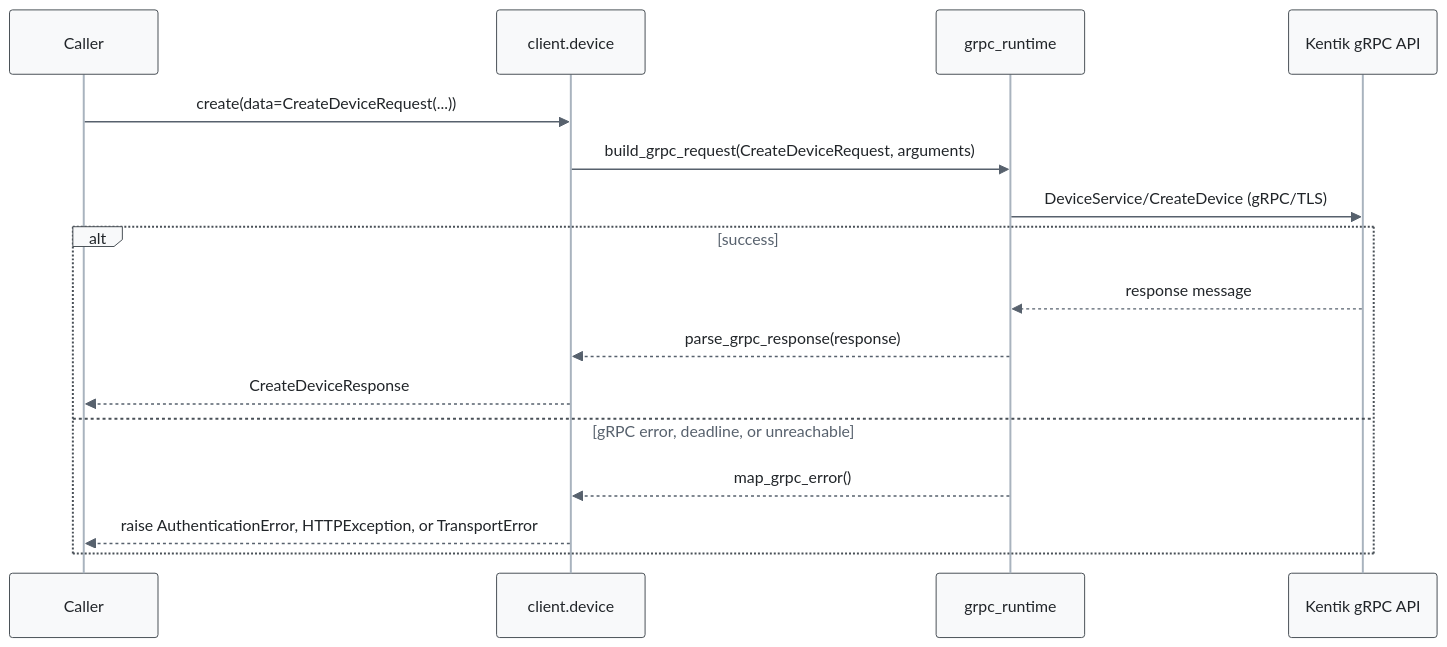
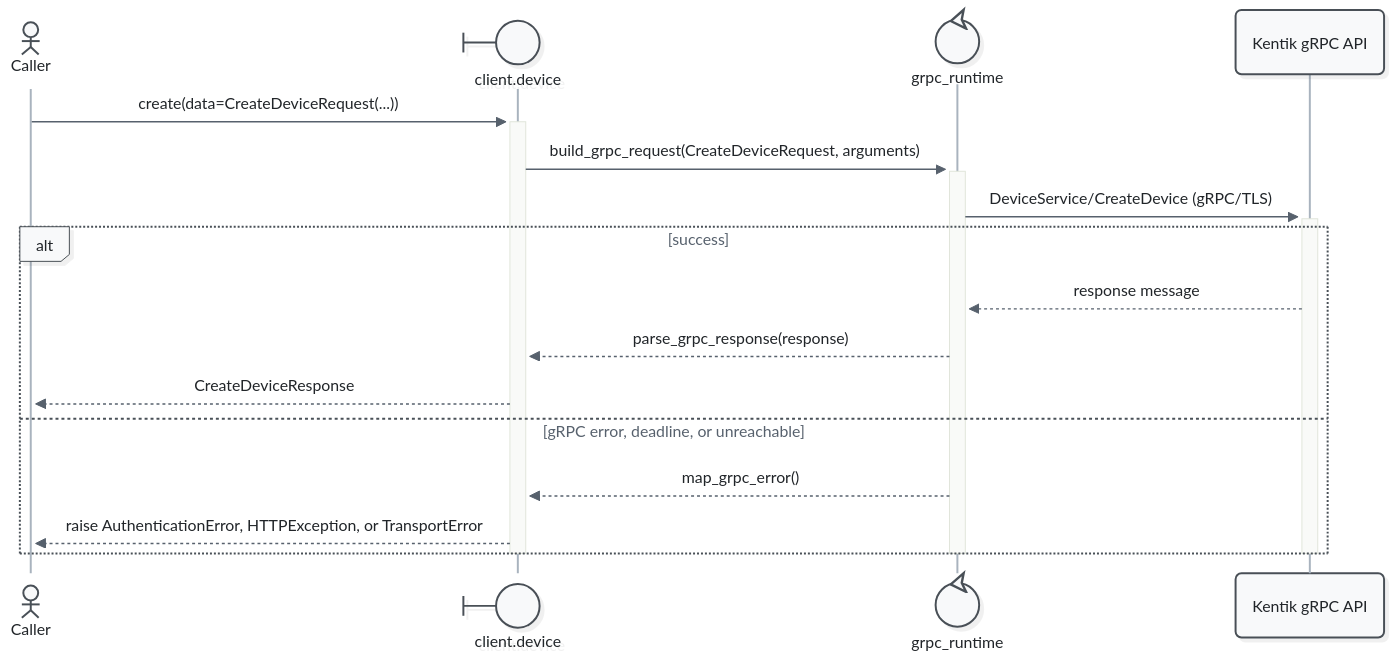
Before and after one commit to alexdearaujo/community_sdk_python: the fourth of 21 diagrams in docs/sphinx/services/device.md, drawn with Mermaid. The commit also changed other lines of this file and 52 other files, not shown here.

First line of the commit message:
docs: Mermaid 12 sequence diagrams with participant types and path colors

````diff
--- a/docs/sphinx/services/device.md
+++ b/docs/sphinx/services/device.md
@@ -132,20 +139,23 @@
 ```mermaid
-%%{init: {"theme": "base", "fontFamily": "ui-monospace, SFMono-Regular, Menlo, monospace", "themeVariables": {"fontFamily": "ui-monospace, SFMono-Regular, Menlo, monospace", "primaryColor": "#f8f9fa", "primaryBorderColor": "#495057", "primaryTextColor": "#212529", "textColor": "#212529", "lineColor": "#77818c", "edgeLabelBackground": "#ffffff", "actorBkg": "#f8f9fa", "actorBorder": "#495057", "actorTextColor": "#212529", "actorLineColor": "#a9b3be", "signalColor": "#57616d", "signalTextColor": "#212529", "labelBoxBkgColor": "#f8f9fa", "labelBoxBorderColor": "#495057", "labelTextColor": "#212529", "loopTextColor": "#57616d", "noteBkgColor": "#fff9db", "noteBorderColor": "#f08c00", "noteTextColor": "#a35a00"}, "flowchart": {"curve": "step", "nodeSpacing": 30, "rankSpacing": 70, "wrappingWidth": 400}}}%%
+%%{init: {"theme": "redux", "look": "neo", "layout": "dagre", "fontFamily": "ui-monospace, SFMono-Regular, Menlo, monospace", "themeVariables": {"fontFamily": "ui-monospace, SFMono-Regular, Menlo, monospace", "primaryColor": "#f8f9fa", "primaryBorderColor": "#495057", "primaryTextColor": "#212529", "textColor": "#212529", "lineColor": "#77818c", "edgeLabelBackground": "#ffffff", "actorBkg": "#f8f9fa", "actorBorder": "#495057", "actorTextColor": "#212529", "actorLineColor": "#a9b3be", "signalColor": "#57616d", "signalTextColor": "#212529", "labelBoxBkgColor": "#f8f9fa", "labelBoxBorderColor": "#495057", "labelTextColor": "#212529", "loopTextColor": "#57616d", "noteBkgColor": "#fff9db", "noteBorderColor": "#f08c00", "noteTextColor": "#a35a00"}, "sequence": {"activationWidth": 16}, "flowchart": {"curve": "step", "nodeSpacing": 30, "rankSpacing": 70, "wrappingWidth": 400}}}%%
 sequenceDiagram
-    participant C as Caller
-    participant W as client.device
-    participant R as grpc_runtime
+    actor C as Caller
+    participant W@{ "type": "boundary" } as client.device
+    participant R@{ "type": "control" } as grpc_runtime
     participant API as Kentik gRPC API
 
-    C->>W: create(data=CreateDeviceRequest(...))
-    W->>R: build_grpc_request(CreateDeviceRequest, arguments)
-    R->>API: DeviceService/CreateDevice (gRPC/TLS)
+    C->>+W: create(data=CreateDeviceRequest(...))
+    W->>+R: build_grpc_request(CreateDeviceRequest, arguments)
+    R->>+API: DeviceService/CreateDevice (gRPC/TLS)
     alt success
         API-->>R: response message
         R-->>W: parse_grpc_response(response)
         W-->>C: CreateDeviceResponse
     else gRPC error, deadline, or unreachable
         R-->>W: map_grpc_error()
         W-->>C: raise AuthenticationError, HTTPException, or TransportError
     end
+    deactivate API
+    deactivate R
+    deactivate W
 ```
````
